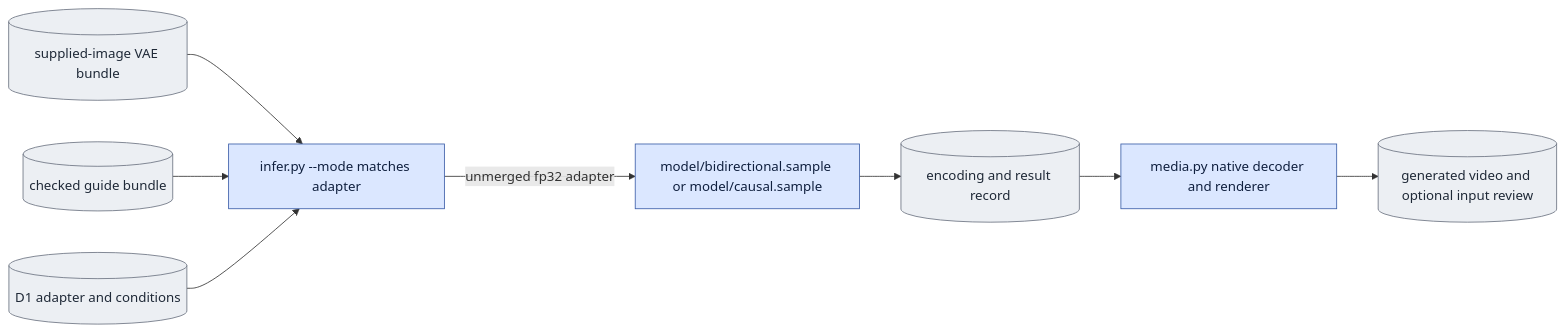
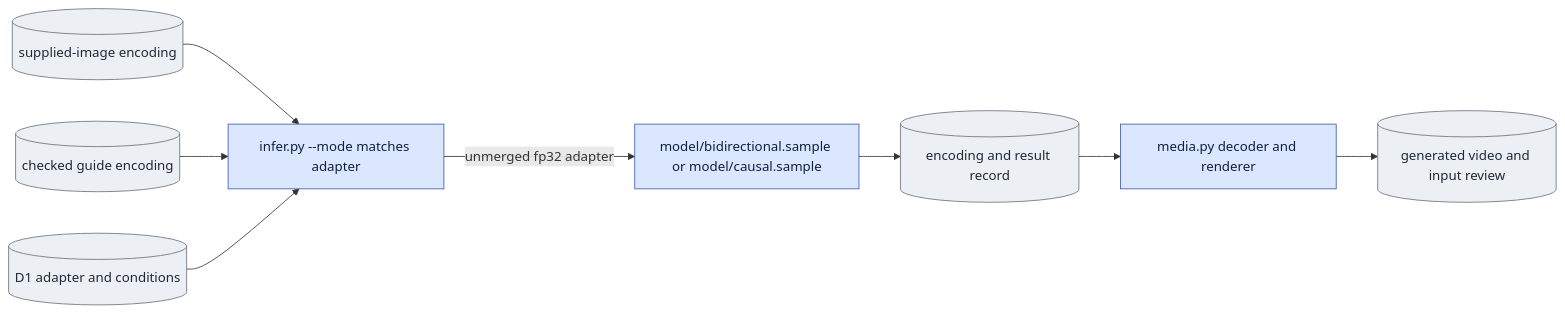
The third of 3 diagrams in scripts/onestep_avatar/README.md (AtlantixJJ/LTX-2), drawn with Mermaid before and after one commit. The commit also changed other lines of this file and 136 other files, not shown here.

````diff
--- a/scripts/onestep_avatar/README.md
+++ b/scripts/onestep_avatar/README.md
@@ -221,14 +84,14 @@
 ```mermaid
 flowchart LR
-  I[("supplied-image VAE bundle")] --> P["infer.py --mode matches adapter"]
-  G[("checked guide bundle")] --> P
+  I[("supplied-image encoding")] --> P["infer.py --mode matches adapter"]
+  G[("checked guide encoding")] --> P
   A[("D1 adapter and conditions")] --> P
   P -->|"unmerged fp32 adapter"| M["model/bidirectional.sample or model/causal.sample"]
   M --> R[("encoding and result record")]
-  R --> D["media.py native decoder and renderer"]
-  D --> O[("generated video and optional input review")]
+  R --> D["media.py decoder and renderer"]
+  D --> O[("generated video and input review")]
   classDef proc fill:#dbe7ff,stroke:#3b5ea8,color:#10203f;
   classDef disk fill:#eceff3,stroke:#6b7280,color:#1f2937;
   class P,M,D proc;
   class I,G,A,R,O disk;
 ```
````
